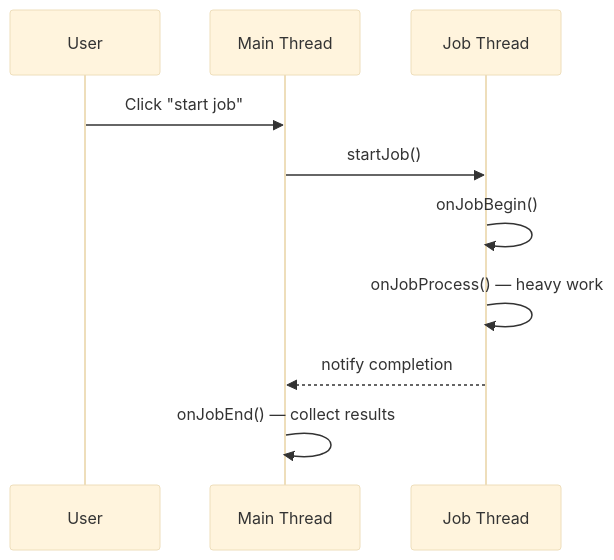
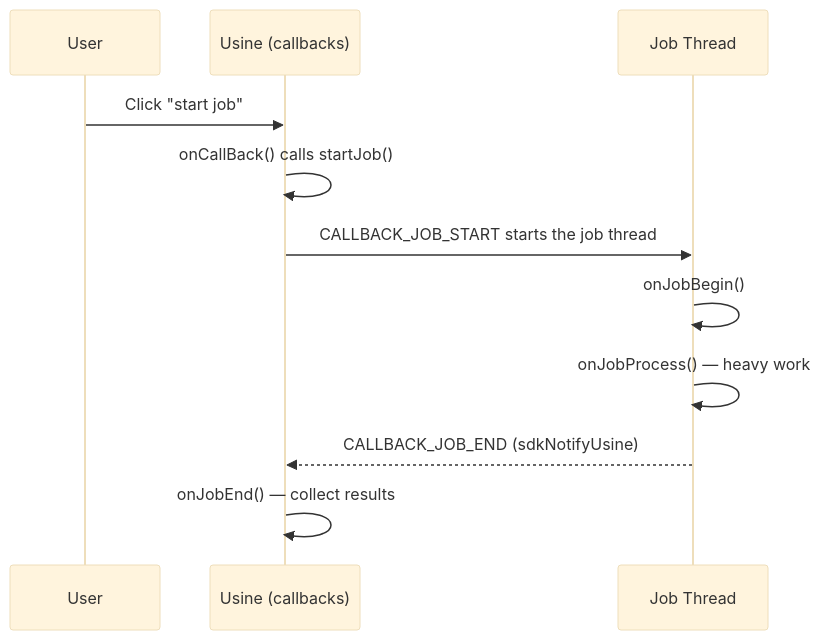
One commit to brainmodular/USINE-SDK-PUBLIC changed the fourth of 5 diagrams in wiki/sdk/module-architecture.md. Above: the diagram before and after it, drawn with Mermaid (base theme). The commit also changed other lines of this file and 353 other files, not shown here.

````diff
--- a/wiki/sdk/module-architecture.md
+++ b/wiki/sdk/module-architecture.md
@@ -232,13 +273,14 @@
 ```mermaid
 sequenceDiagram
     participant User
-    participant Main as Main Thread
+    participant Usine as Usine (callbacks)
     participant Job as Job Thread
 
-    User->>Main: Click "start job"
-    Main->>Job: startJob()
+    User->>Usine: Click "start job"
+    Usine->>Usine: onCallBack() calls startJob()
+    Usine->>Job: CALLBACK_JOB_START starts the job thread
     Job->>Job: onJobBegin()
     Job->>Job: onJobProcess() — heavy work
-    Job-->>Main: notify completion
-    Main->>Main: onJobEnd() — collect results
+    Job-->>Usine: CALLBACK_JOB_END (sdkNotifyUsine)
+    Usine->>Usine: onJobEnd() — collect results
 ```
````
